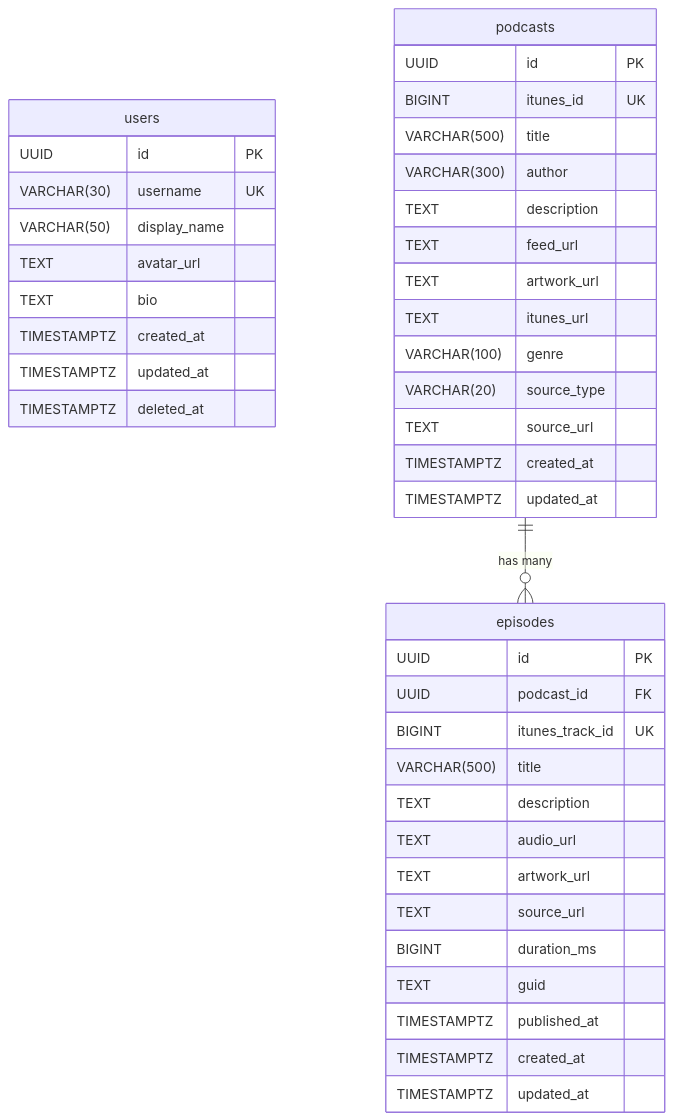
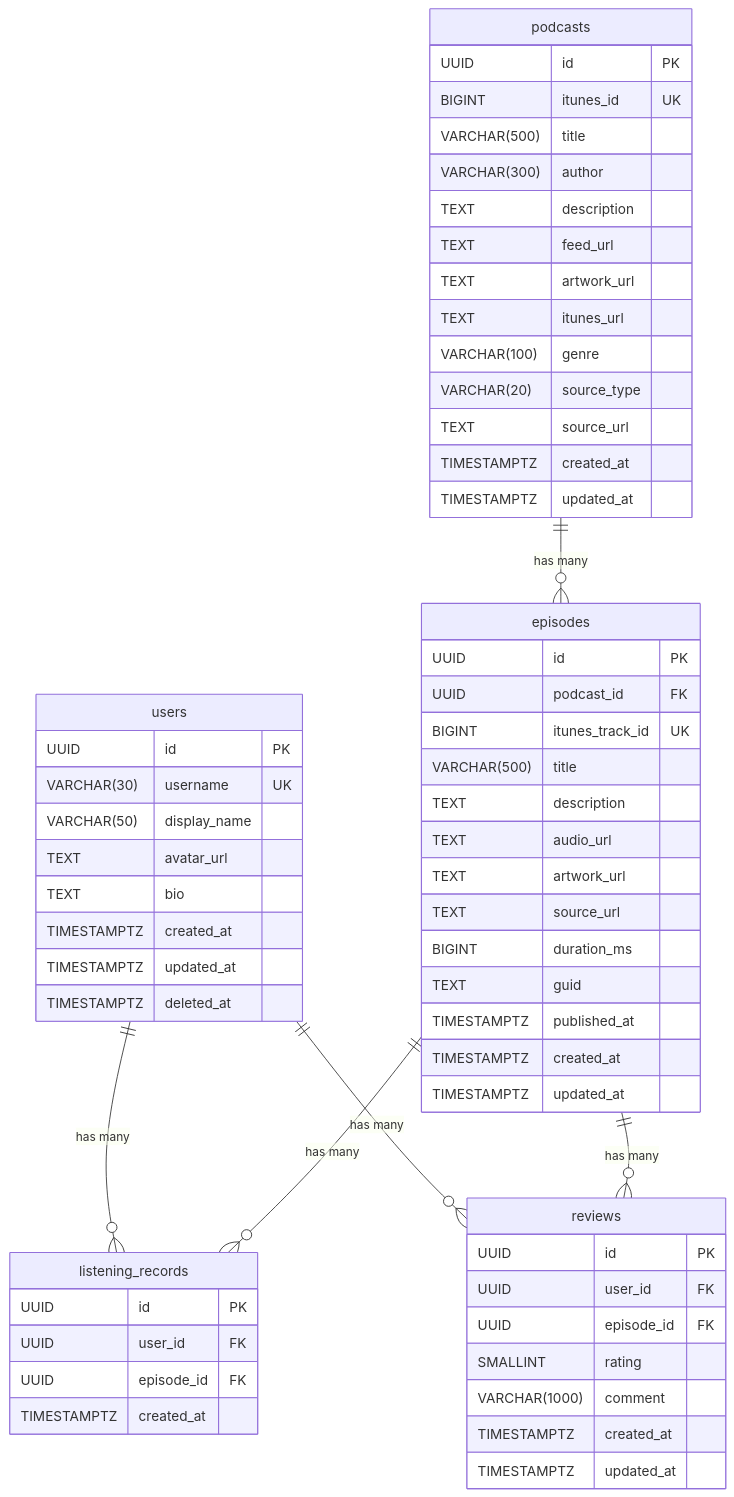
The diagram in backend/docs/database.md (Koseeee-27/podlog), drawn with Mermaid before and after one commit. The commit also changed other lines of this file and 3 other files, not shown here.

````diff
--- a/backend/docs/database.md
+++ b/backend/docs/database.md
@@ -5,47 +5,68 @@
 ```mermaid
 erDiagram
     users {
         UUID id PK
         VARCHAR(30) username UK
         VARCHAR(50) display_name
         TEXT avatar_url
         TEXT bio
         TIMESTAMPTZ created_at
         TIMESTAMPTZ updated_at
         TIMESTAMPTZ deleted_at
     }
 
     podcasts {
         UUID id PK
         BIGINT itunes_id UK
         VARCHAR(500) title
         VARCHAR(300) author
         TEXT description
         TEXT feed_url
         TEXT artwork_url
         TEXT itunes_url
         VARCHAR(100) genre
         VARCHAR(20) source_type
         TEXT source_url
         TIMESTAMPTZ created_at
         TIMESTAMPTZ updated_at
     }
 
     episodes {
         UUID id PK
         UUID podcast_id FK
         BIGINT itunes_track_id UK
         VARCHAR(500) title
         TEXT description
         TEXT audio_url
         TEXT artwork_url
         TEXT source_url
         BIGINT duration_ms
         TEXT guid
         TIMESTAMPTZ published_at
         TIMESTAMPTZ created_at
         TIMESTAMPTZ updated_at
     }
 
+    listening_records {
+        UUID id PK
+        UUID user_id FK
+        UUID episode_id FK
+        TIMESTAMPTZ created_at
+    }
+
+    reviews {
+        UUID id PK
+        UUID user_id FK
+        UUID episode_id FK
+        SMALLINT rating
+        VARCHAR(1000) comment
+        TIMESTAMPTZ created_at
+        TIMESTAMPTZ updated_at
+    }
+
     podcasts ||--o{ episodes : "has many"
+    users ||--o{ listening_records : "has many"
+    episodes ||--o{ listening_records : "has many"
+    users ||--o{ reviews : "has many"
+    episodes ||--o{ reviews : "has many"
 ```
````
